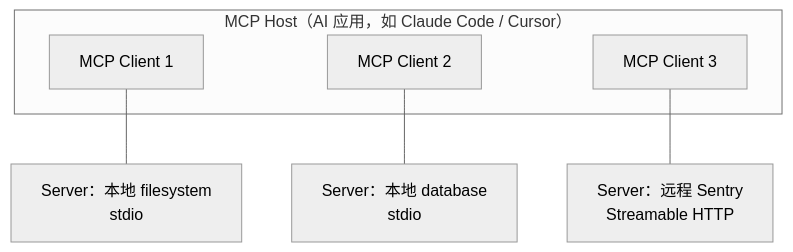
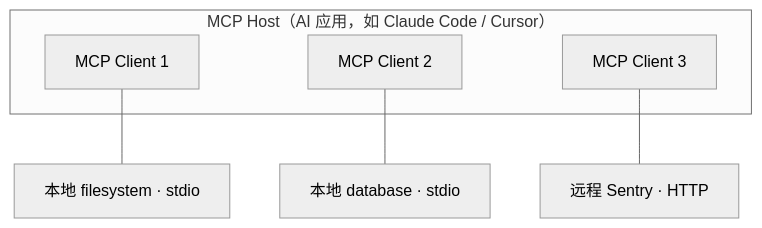
Before and after one commit to caseclose/knowledge-database: the diagram in agent/mcp/model-context-protocol-intro.md, drawn with Mermaid (neutral theme). The commit also changed 1 other file, not shown here.

Commit message:
fix: Mermaid 节点改为深色文字浅色底
流程图默认白字配浅蓝底，Host/Client 图几乎看不清。浅色主题改为深蓝字，并去掉 server 节点里无效的 br 换行。

````diff
--- a/agent/mcp/model-context-protocol-intro.md
+++ b/agent/mcp/model-context-protocol-intro.md
@@ -23,16 +23,16 @@
 ```mermaid
 graph TB
     subgraph Host["MCP Host（AI 应用，如 Claude Code / Cursor）"]
         C1["MCP Client 1"]
         C2["MCP Client 2"]
         C3["MCP Client 3"]
     end
 
-    S1["Server：本地 filesystem<br/>stdio"]
-    S2["Server：本地 database<br/>stdio"]
-    S3["Server：远程 Sentry<br/>Streamable HTTP"]
+    S1["本地 filesystem · stdio"]
+    S2["本地 database · stdio"]
+    S3["远程 Sentry · HTTP"]
 
     C1 --- S1
     C2 --- S2
     C3 --- S3
 ```
````
